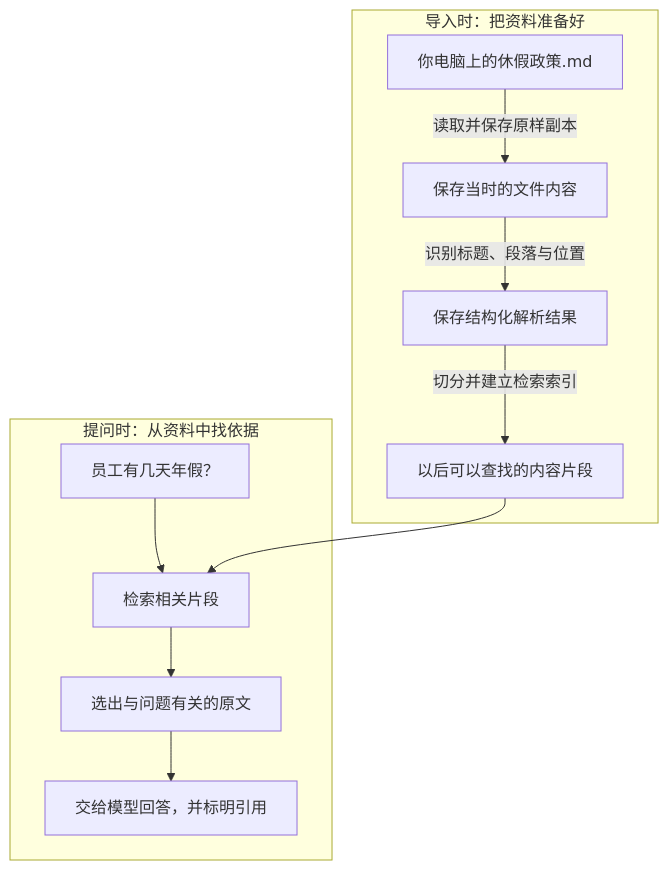
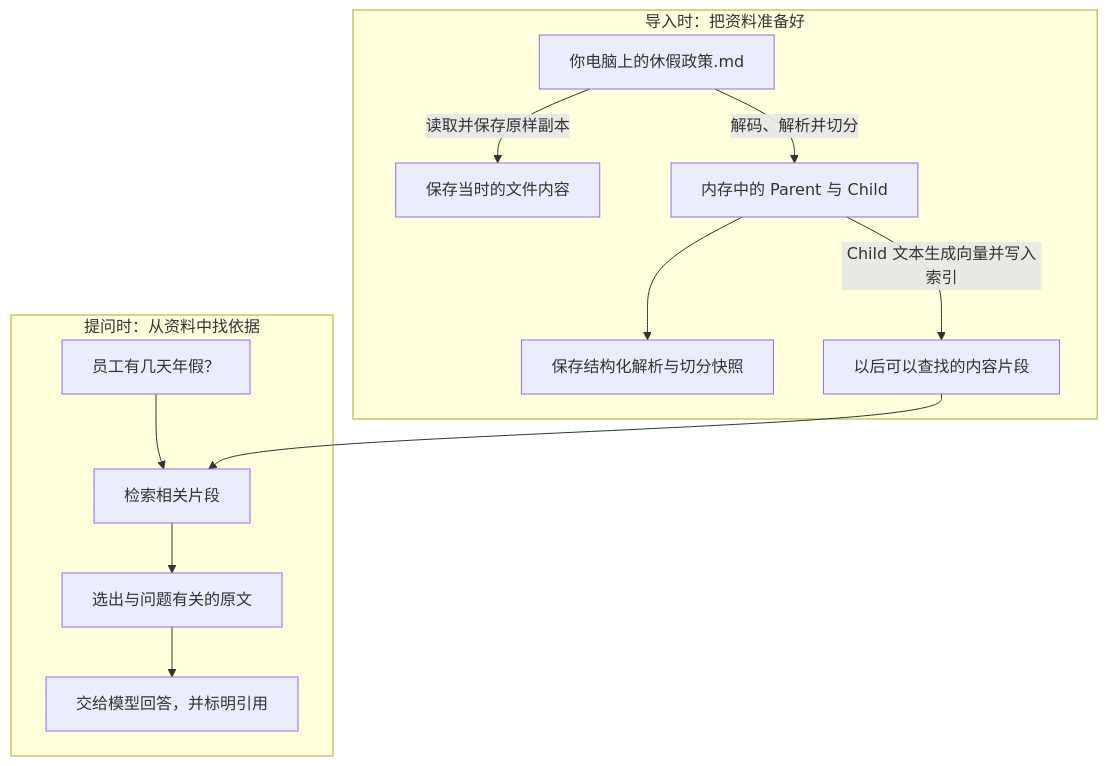
The first of 9 diagrams in docs/context/v0.3-rag-illustrated-guide.md (StoicLD/JDAgent), drawn with Mermaid before and after one commit. The commit also changed other lines of this file and 4 other files, not shown here.

````diff
--- a/docs/context/v0.3-rag-illustrated-guide.md
+++ b/docs/context/v0.3-rag-illustrated-guide.md
@@ -19,14 +19,15 @@
 ```mermaid
 flowchart TD
     subgraph Import [导入时：把资料准备好]
         F["你电脑上的休假政策.md"] -->|读取并保存原样副本| R["保存当时的文件内容"]
-        R -->|识别标题、段落与位置| S["保存结构化解析结果"]
-        S -->|切分并建立检索索引| I["以后可以查找的内容片段"]
+        F -->|解码、解析并切分| C["内存中的 Parent 与 Child"]
+        C --> S["保存结构化解析与切分快照"]
+        C -->|Child 文本生成向量并写入索引| I["以后可以查找的内容片段"]
     end
     subgraph Ask [提问时：从资料中找依据]
         Q["员工有几天年假？"] --> H["检索相关片段"]
         H --> E["选出与问题有关的原文"]
         E --> A["交给模型回答，并标明引用"]
     end
     I --> H
 ```
````
